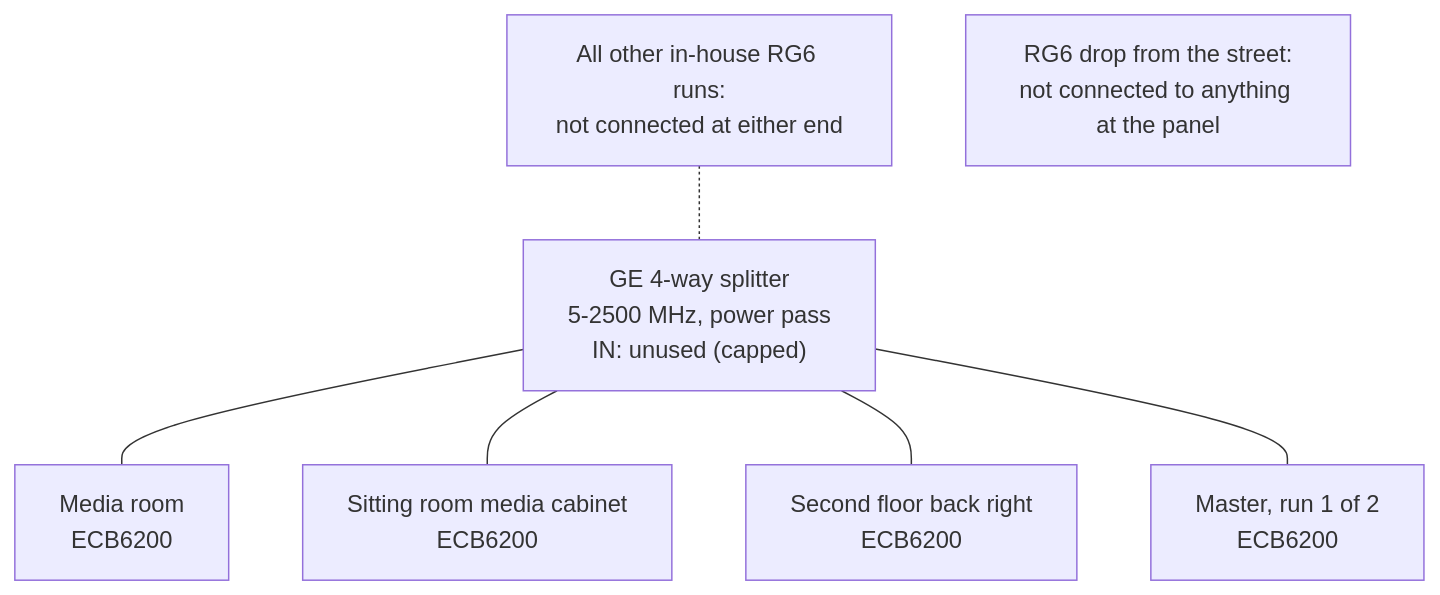
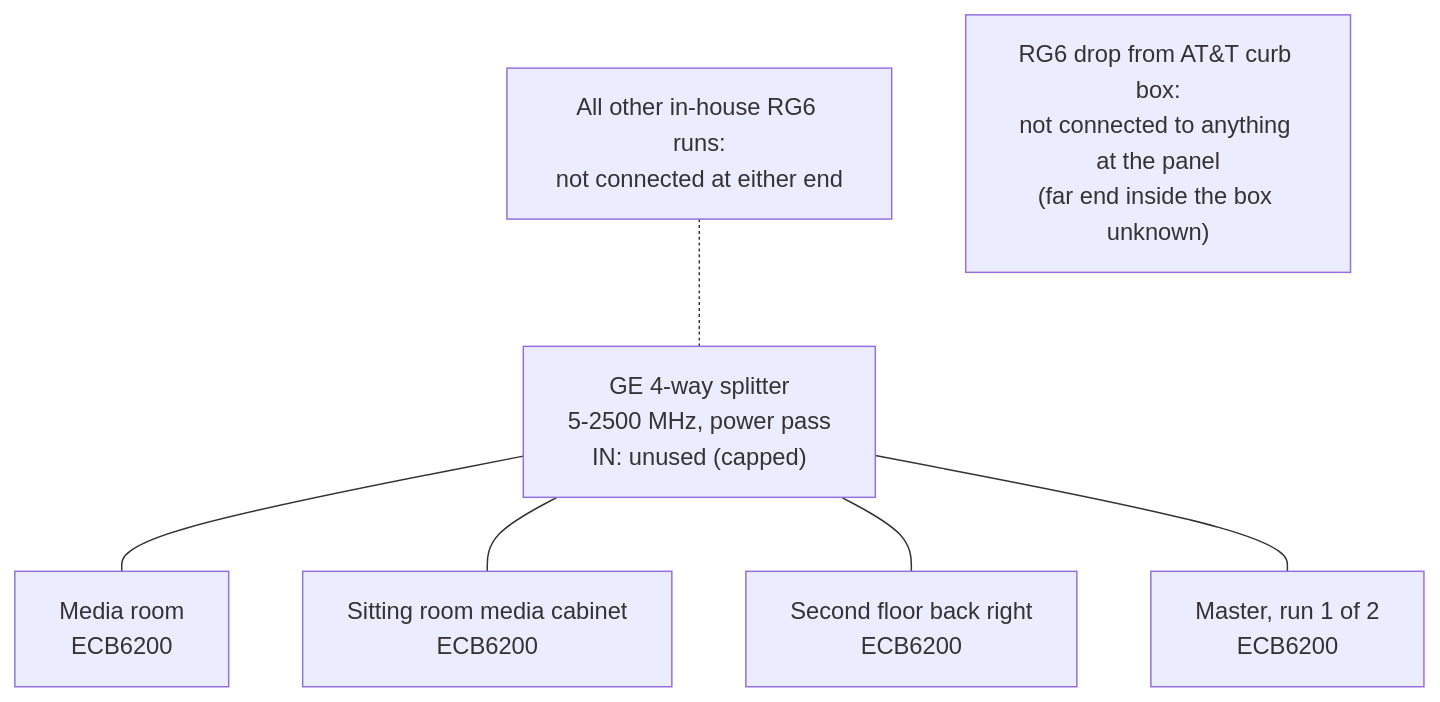
One commit to CosmicCEO/home-network-playbook changed the second of 3 diagrams in docs/01-as-found.md. Above: the diagram before and after it, drawn with Mermaid. The commit also changed other lines of this file and 1 other file, not shown here.

First line of the commit message:
Note street RG6 drop terminates at AT&T curb box

````diff
--- a/docs/01-as-found.md
+++ b/docs/01-as-found.md
@@ -105,10 +105,10 @@
 ```mermaid
 flowchart TB
     SPL["GE 4-way splitter<br/>5-2500 MHz, power pass<br/>IN: unused (capped)"]
     SPL --- L1["Media room<br/>ECB6200"]
     SPL --- L2["Sitting room media cabinet<br/>ECB6200"]
     SPL --- L3["Second floor back right<br/>ECB6200"]
     SPL --- L4["Master, run 1 of 2<br/>ECB6200"]
     X["All other in-house RG6 runs:<br/>not connected at either end"] -.- SPL
-    ST["RG6 drop from the street:<br/>not connected to anything at the panel"]
+    ST["RG6 drop from AT&T curb box:<br/>not connected to anything at the panel<br/>(far end inside the box unknown)"]
 ```
````
